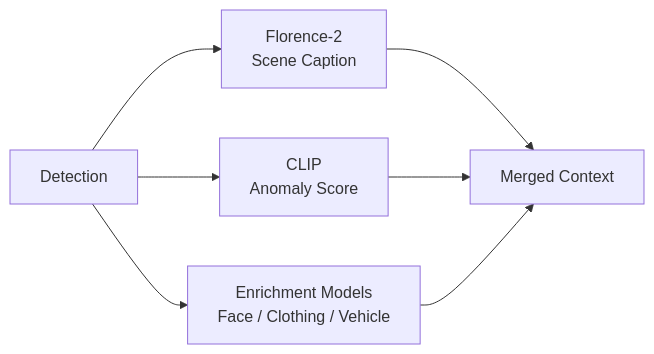
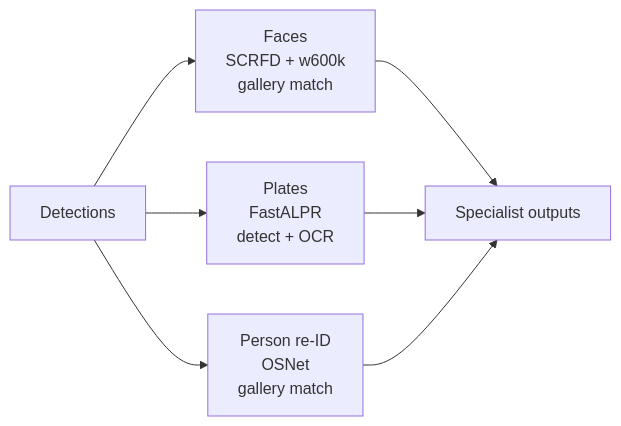
One commit to mikesvoboda/nemotron-v3-home-security-intelligence changed the third of 7 diagrams in docs/index.md. Above: the diagram before and after it, drawn with Mermaid. The commit also changed other lines of this file and 231 other files, not shown here.

````diff
--- a/docs/index.md
+++ b/docs/index.md
@@ -95,9 +99,9 @@
 ```mermaid
 flowchart LR
-    D[Detection] --> F["Florence-2<br/>Scene Caption"]
-    D --> C["CLIP<br/>Anomaly Score"]
-    D --> E["Enrichment Models<br/>Face / Clothing / Vehicle"]
-    F --> M[Merged Context]
-    C --> M
-    E --> M
+    D[Detections] --> FA["Faces<br/>SCRFD + w600k<br/>gallery match"]
+    D --> P["Plates<br/>FastALPR<br/>detect + OCR"]
+    D --> R["Person re-ID<br/>OSNet<br/>gallery match"]
+    FA --> S[Specialist outputs]
+    P --> S
+    R --> S
 ```
````
